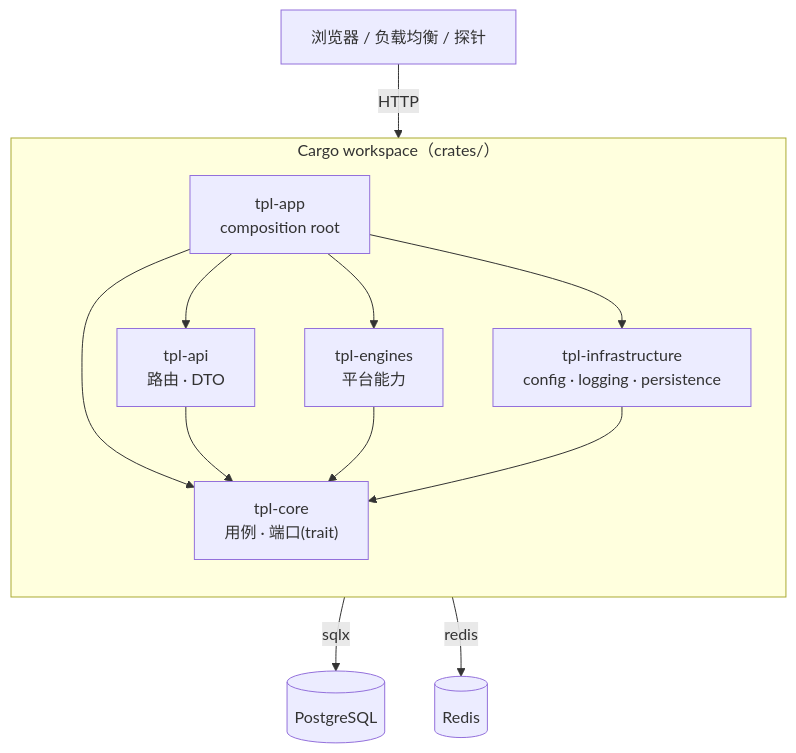
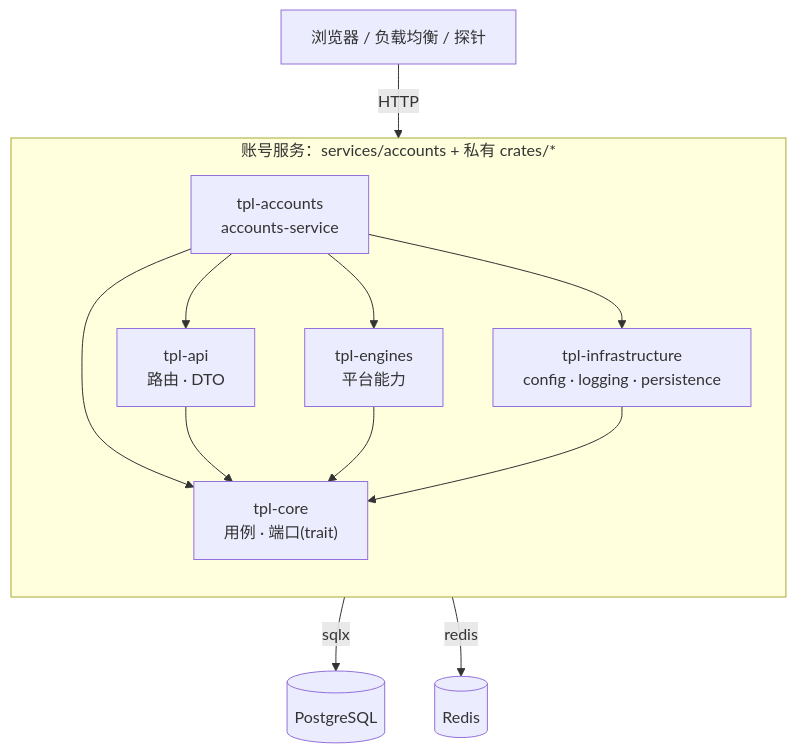
One commit to ZataZhang/zata-code-template-rust changed the first of 2 diagrams in docs/architecture/system-design.md. Above: the diagram before and after it, drawn with Mermaid. The commit also changed other lines of this file and 118 other files, not shown here.

First line of the commit message:
feat(accounts): extract reusable service with Nacos configuration

````diff
--- a/docs/architecture/system-design.md
+++ b/docs/architecture/system-design.md
@@ -49,24 +55,24 @@
 ```mermaid
 flowchart TD
     Client["浏览器 / 负载均衡 / 探针"] -->|HTTP| Api
 
-    subgraph Workspace["Cargo workspace（crates/）"]
+    subgraph Workspace["账号服务：services/accounts + 私有 crates/*"]
         direction TB
-        App["tpl-app<br/>composition root"]
+        App["tpl-accounts<br/>accounts-service"]
         Api["tpl-api<br/>路由 · DTO"]
         Core["tpl-core<br/>用例 · 端口(trait)"]
         Engines["tpl-engines<br/>平台能力"]
         Infra["tpl-infrastructure<br/>config · logging · persistence"]
 
         App --> Api
         App --> Core
         App --> Engines
         App --> Infra
         Api --> Core
         Engines --> Core
         Infra --> Core
     end
 
     Infra -->|sqlx| PG[("PostgreSQL")]
     Infra -->|redis| RD[("Redis")]
 ```
````
